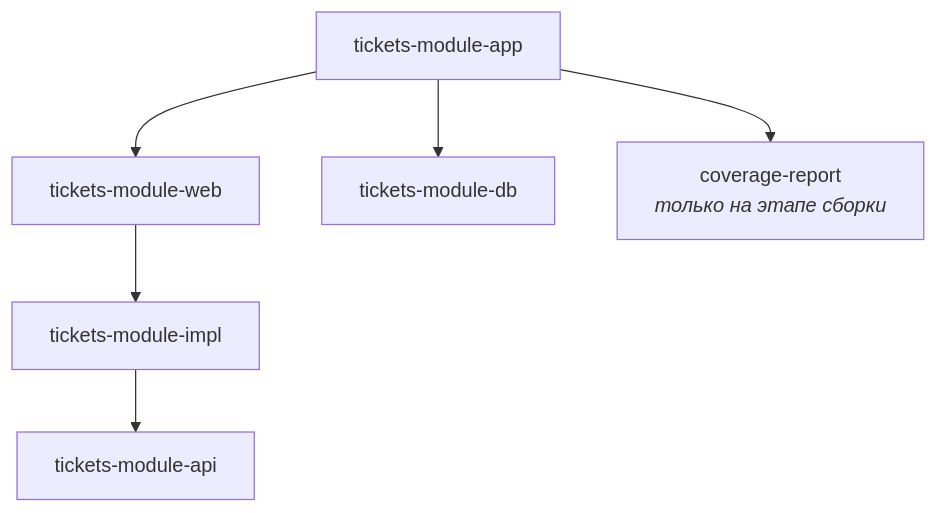
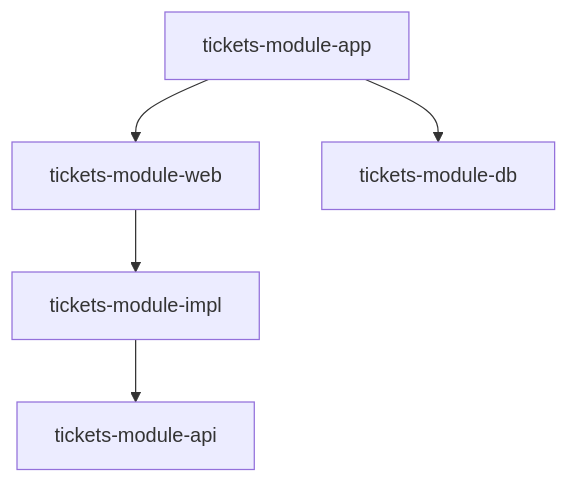
Before and after one commit to SokolovAndr/tickets-module: the diagram in README.md, drawn with Mermaid. The commit also changed other lines of this file and 6 other files, not shown here.

Commit message:
refactor remove coverage report module

````diff
--- a/README.md
+++ b/README.md
@@ -72,8 +71,7 @@
 ```mermaid
 graph TD
     APP[tickets-module-app] --> WEB[tickets-module-web]
     APP --> DB[tickets-module-db]
-    APP --> COV[coverage-report<br/><i>только на этапе сборки</i>]
     WEB --> IMPL[tickets-module-impl]
     IMPL --> API[tickets-module-api]
 ```
````
